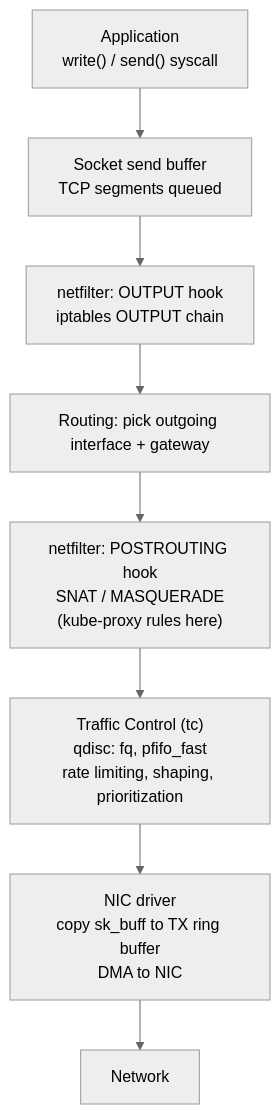
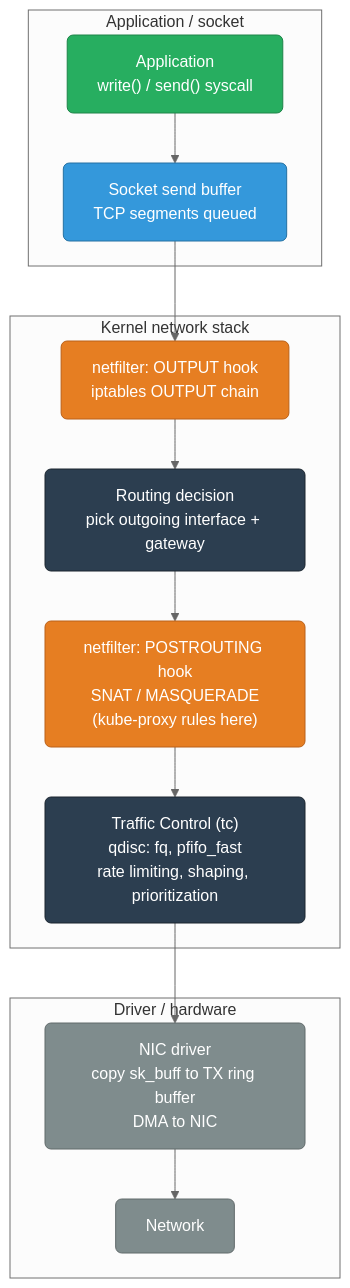
Before and after one commit to deepanshu-rawat6/DevOpsIndex: the second of 6 diagrams in networking/linux-networking.md, drawn with Mermaid (neutral theme). The commit also changed other lines of this file and 8 other files, not shown here.

````diff
--- a/networking/linux-networking.md
+++ b/networking/linux-networking.md
@@ -32,10 +57,23 @@
 ```mermaid
 graph TD
-    APP2["Application<br>write() / send() syscall"] --> SOCK2
-    SOCK2["Socket send buffer<br>TCP segments queued"] --> NF_OUT
-    NF_OUT["netfilter: OUTPUT hook<br>iptables OUTPUT chain"] --> ROUTE2
-    ROUTE2["Routing: pick outgoing interface + gateway"] --> NF_POST
-    NF_POST["netfilter: POSTROUTING hook<br>SNAT / MASQUERADE<br>(kube-proxy rules here)"] --> QD
-    QD["Traffic Control (tc)<br>qdisc: fq, pfifo_fast<br>rate limiting, shaping, prioritization"] --> DRV
-    DRV["NIC driver<br>copy sk_buff to TX ring buffer<br>DMA to NIC"] --> WIRE["Network"]
+    classDef app fill:#27ae60,stroke:#1e8449,color:#fff,rx:6
+    classDef sock fill:#3498db,stroke:#2471a3,color:#fff,rx:6
+    classDef nf fill:#e67e22,stroke:#ba6018,color:#fff,rx:6
+    classDef kernel fill:#2c3e50,stroke:#1a252f,color:#fff,rx:6
+    classDef hw fill:#7f8c8d,stroke:#616a6b,color:#fff,rx:6
+
+    subgraph USTACK2["Application / socket"]
+        APP2["Application<br/>write() / send() syscall"]:::app --> SOCK2["Socket send buffer<br/>TCP segments queued"]:::sock
+    end
+
+    subgraph KSTACK2["Kernel network stack"]
+        SOCK2 --> NF_OUT["netfilter: OUTPUT hook<br/>iptables OUTPUT chain"]:::nf
+        NF_OUT --> ROUTE2["Routing decision<br/>pick outgoing interface + gateway"]:::kernel
+        ROUTE2 --> NF_POST["netfilter: POSTROUTING hook<br/>SNAT / MASQUERADE<br/>(kube-proxy rules here)"]:::nf
+        NF_POST --> QD["Traffic Control (tc)<br/>qdisc: fq, pfifo_fast<br/>rate limiting, shaping, prioritization"]:::kernel
+    end
+
+    subgraph HWL2["Driver / hardware"]
+        QD --> DRV["NIC driver<br/>copy sk_buff to TX ring buffer<br/>DMA to NIC"]:::hw --> WIRE["Network"]:::hw
+    end
 ```
````
